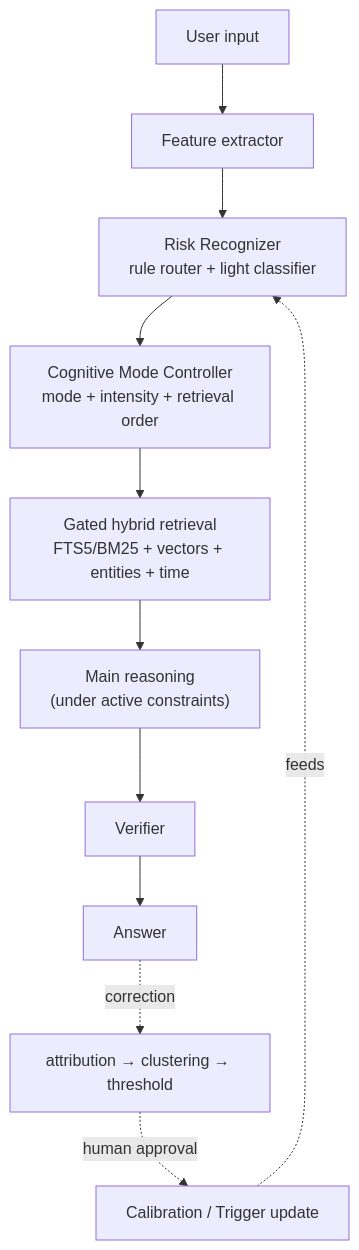
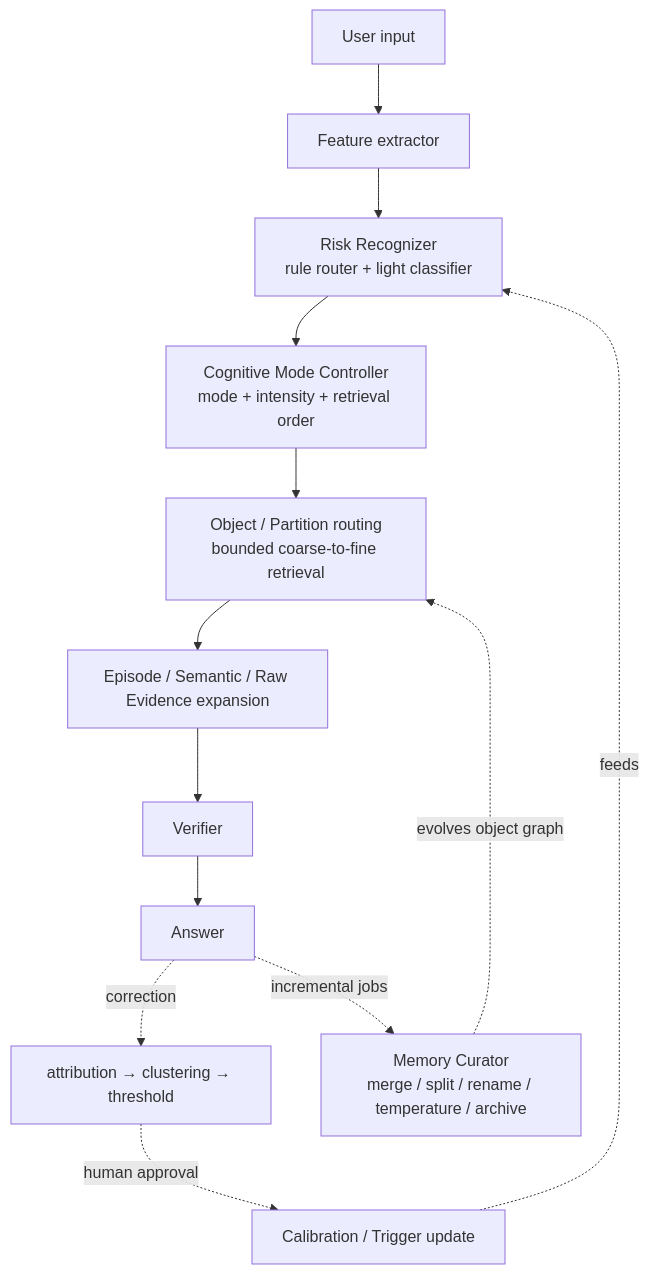
One commit to MattSureham/memoryd changed the first of 3 diagrams in README.en.md. Above: the diagram before and after it, drawn with Mermaid. The commit also changed other lines of this file and 34 other files, not shown here.

Commit message:
feat: add adaptive self-evolving memory architecture

````diff
--- a/README.en.md
+++ b/README.en.md
@@ -13,13 +13,15 @@
 ```mermaid
 flowchart TD
     A["User input"] --> B["Feature extractor"]
     B --> C["Risk Recognizer<br/>rule router + light classifier"]
     C --> D["Cognitive Mode Controller<br/>mode + intensity + retrieval order"]
-    D --> E["Gated hybrid retrieval<br/>FTS5/BM25 + vectors + entities + time"]
-    E --> F["Main reasoning<br/>(under active constraints)"]
+    D --> E["Object / Partition routing<br/>bounded coarse-to-fine retrieval"]
+    E --> F["Episode / Semantic / Raw Evidence expansion"]
     F --> G["Verifier"]
     G --> H["Answer"]
     H -. "correction" .-> I["attribution → clustering → threshold"]
     I -. "human approval" .-> J["Calibration / Trigger update"]
     J -. "feeds" .-> C
+    H -. "incremental jobs" .-> K["Memory Curator<br/>merge / split / rename / temperature / archive"]
+    K -. "evolves object graph" .-> E
 ```
````
